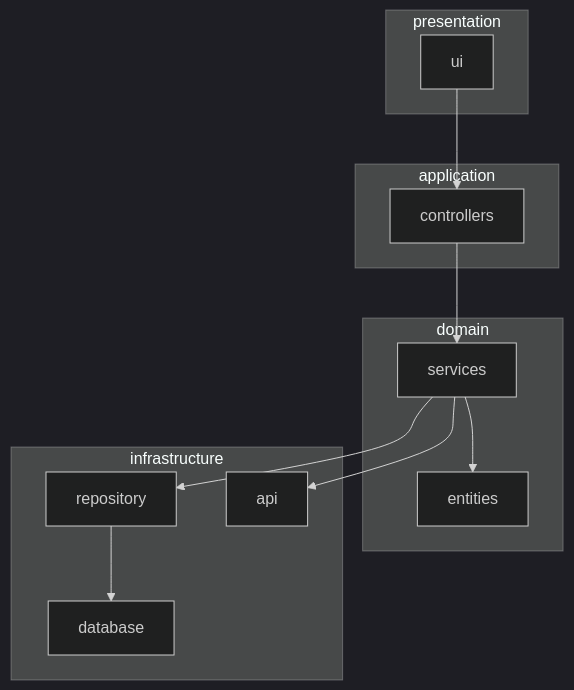
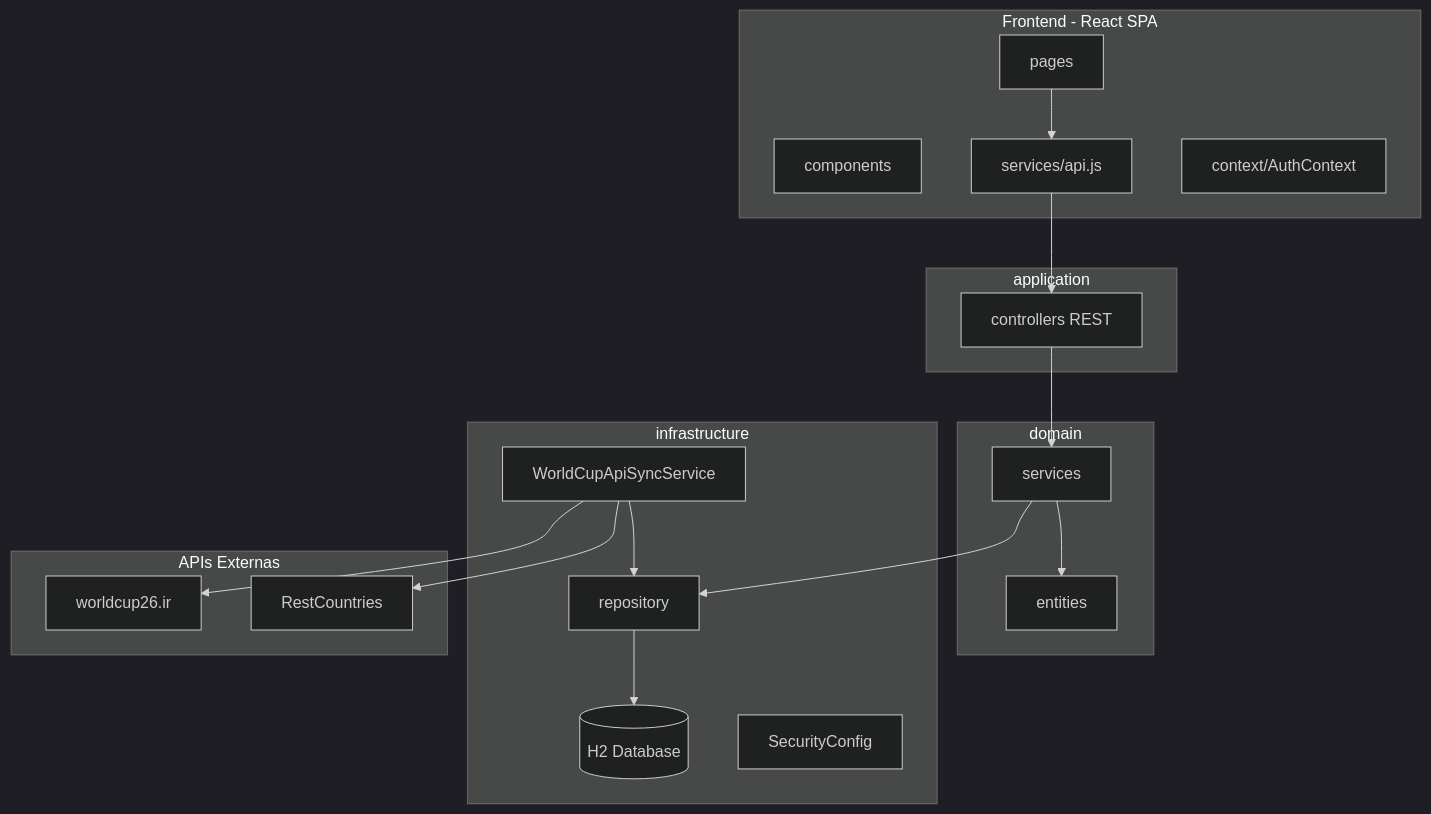
One commit to Drefus/TP-Eng-Soft changed the fifth of 5 diagrams in README.md. Above: the diagram before and after it, drawn with Mermaid (dark theme). The commit also changed other lines of this file and 1 other file, not shown here.

````diff
--- a/README.md
+++ b/README.md
@@ -385,29 +472,41 @@
-``` mermaid
+```mermaid
 flowchart TB
 
-subgraph presentation
-    ui
+subgraph frontend [Frontend - React SPA]
+    pages[pages]
+    components[components]
+    services[services/api.js]
+    context[context/AuthContext]
 end
 
 subgraph application
-    controllers
+    controllers[controllers REST]
 end
 
 subgraph domain
-    entities
-    services
+    entities[entities]
+    domainServices[services]
 end
 
 subgraph infrastructure
-    repository
-    database
-    api
+    repository[repository]
+    database[(H2 Database)]
+    apiSync[WorldCupApiSyncService]
+    security[SecurityConfig]
 end
 
-ui --> controllers
-controllers --> services
-services --> entities
-services --> repository
+subgraph external [APIs Externas]
+    worldcup[worldcup26.ir]
+    restcountries[RestCountries]
+end
+
+pages --> services
+services --> controllers
+controllers --> domainServices
+domainServices --> entities
+domainServices --> repository
 repository --> database
-services --> api
+apiSync --> worldcup
+apiSync --> restcountries
+apiSync --> repository
 ```
````
